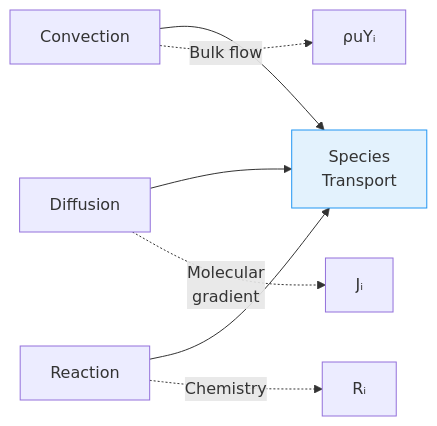
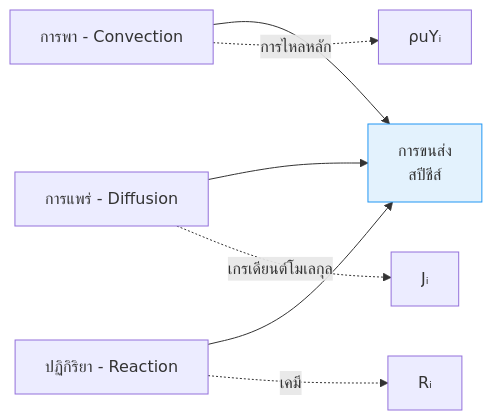
Before and after one commit to wramet/build-my-cfd: the first of 2 diagrams in MODULE_06_ADVANCED_PHYSICS/CONTENT/03_REACTING_FLOWS/01_Species_Transport.md, drawn with Mermaid. The commit also changed other lines of this file and 104 other files, not shown here.

````diff
--- a/MODULE_06_ADVANCED_PHYSICS/CONTENT/03_REACTING_FLOWS/01_Species_Transport.md
+++ b/MODULE_06_ADVANCED_PHYSICS/CONTENT/03_REACTING_FLOWS/01_Species_Transport.md
@@ -17,12 +17,12 @@
 ```mermaid
 flowchart LR
-    A[Convection] --> D[Species<br>Transport]
-    B[Diffusion] --> D
-    C[Reaction] --> D
+    A[การพา - Convection] --> D[การขนส่ง<br>สปีชีส์]
+    B[การแพร่ - Diffusion] --> D
+    C[ปฏิกิริยา - Reaction] --> D
 
-    A -.->|Bulk flow| E[ρuYᵢ]
-    B -.->|Molecular<br>gradient| F[Jᵢ]
-    C -.->|Chemistry| G[Rᵢ]
+    A -.->|การไหลหลัก| E[ρuYᵢ]
+    B -.->|เกรเดียนต์โมเลกุล| F[Jᵢ]
+    C -.->|เคมี| G[Rᵢ]
 
     style D fill:#e3f2fd,stroke:#2196f3
 ```
````
